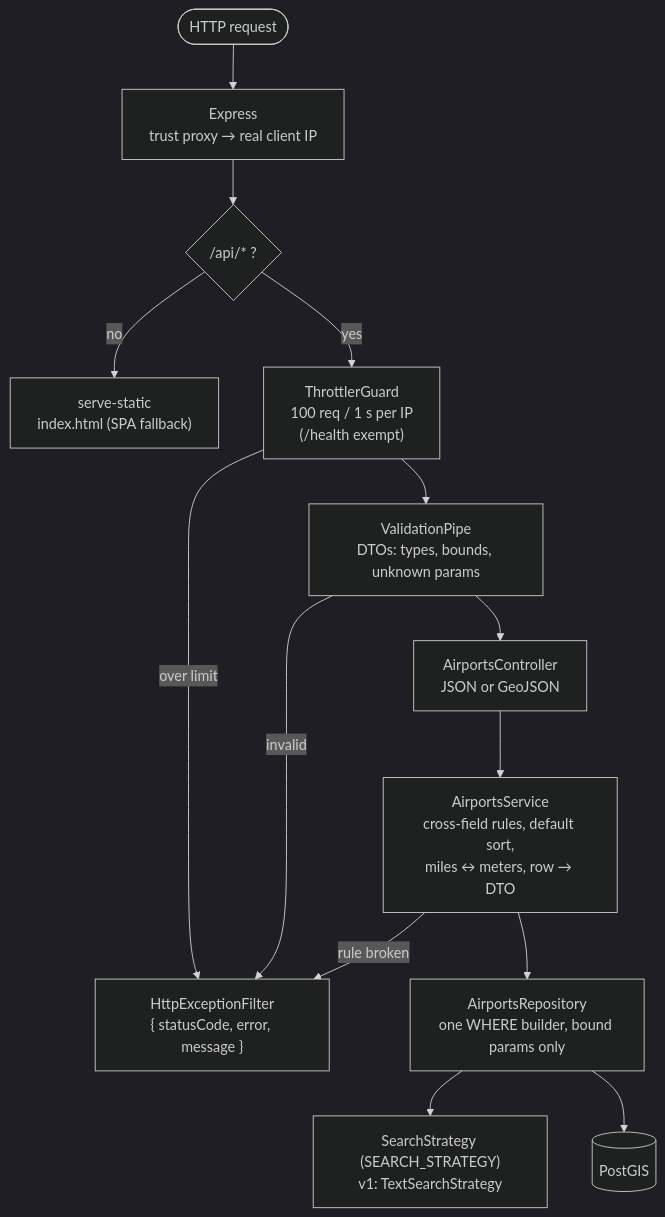
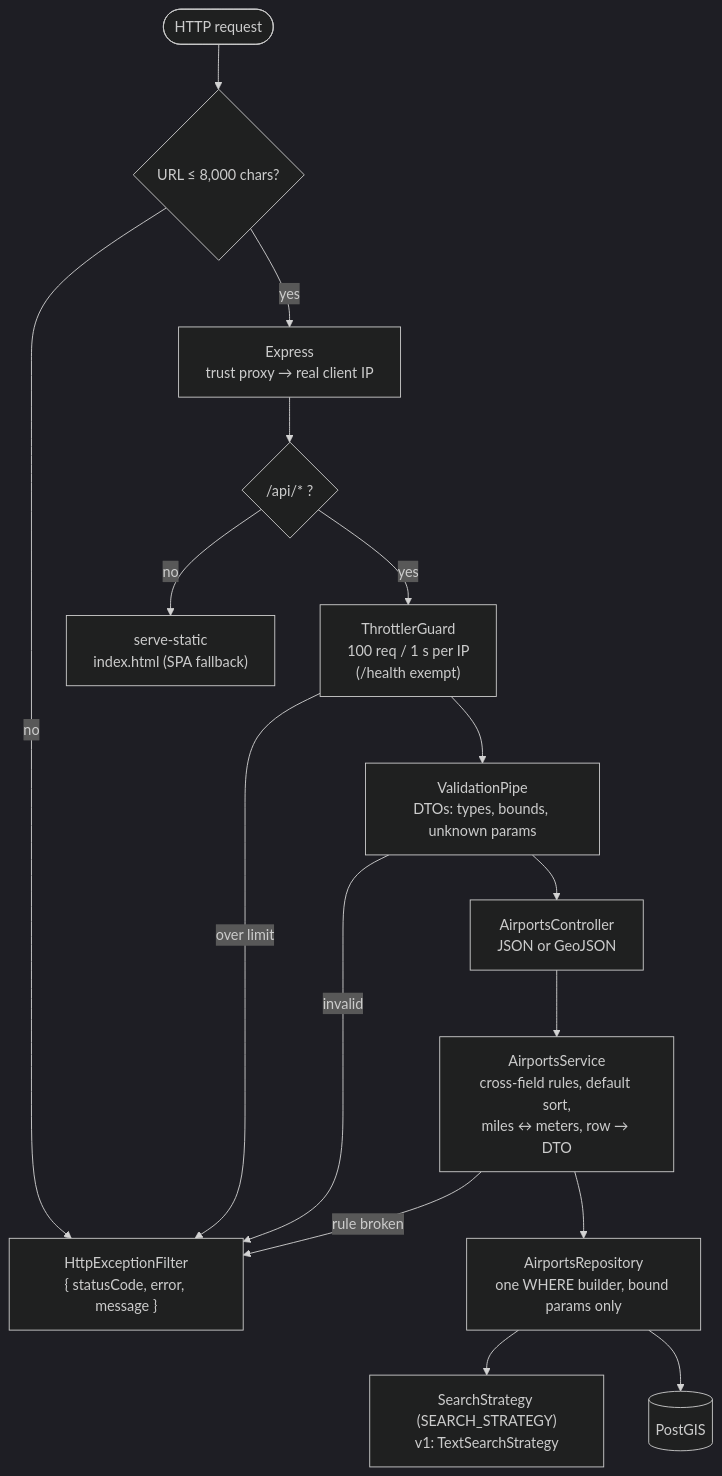
One commit to jvswatson/location-search changed the fourth of 10 diagrams in docs/ARCHITECTURE.md. Above: the diagram before and after it, drawn with Mermaid (dark theme). The commit also changed other lines of this file and 4 other files, not shown here.

````diff
--- a/docs/ARCHITECTURE.md
+++ b/docs/ARCHITECTURE.md
@@ -99,17 +99,19 @@
 ```mermaid
 flowchart TB
-  req(["HTTP request"]) --> express["Express<br/>trust proxy → real client IP"]
+  req(["HTTP request"]) --> urlcheck{"URL ≤ 8,000 chars?"}
+  urlcheck -- "no" --> err
+  urlcheck -- "yes" --> express["Express<br/>trust proxy → real client IP"]
   express --> route{"/api/* ?"}
   route -- "no" --> spa["serve-static<br/>index.html (SPA fallback)"]
   route -- "yes" --> throttle["ThrottlerGuard<br/>100 req / 1 s per IP<br/>(/health exempt)"]
   throttle -- "over limit" --> err
   throttle --> pipe["ValidationPipe<br/>DTOs: types, bounds, unknown params"]
   pipe -- "invalid" --> err
   pipe --> ctrl["AirportsController<br/>JSON or GeoJSON"]
   ctrl --> svc["AirportsService<br/>cross-field rules, default sort,<br/>miles ↔ meters, row → DTO"]
   svc -- "rule broken" --> err
   svc --> repo["AirportsRepository<br/>one WHERE builder, bound params only"]
   repo --> strat["SearchStrategy (SEARCH_STRATEGY)<br/>v1: TextSearchStrategy"]
   repo --> pg[("PostGIS")]
   err["HttpExceptionFilter<br/>{ statusCode, error, message }"]
 ```
````
